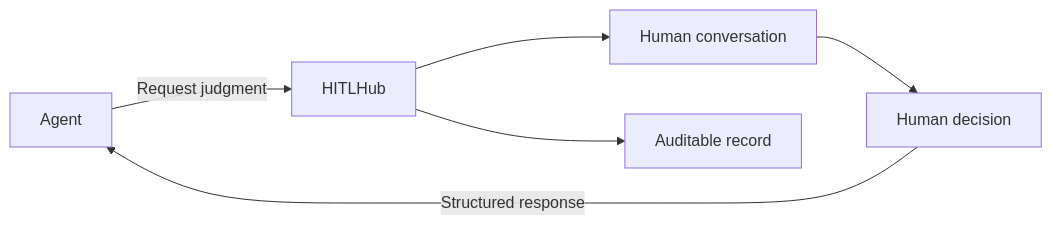
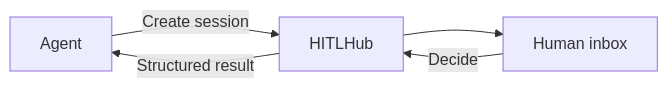
The diagram in profile/README.md (HITLHub/.github), drawn with Mermaid before and after one commit. The commit also changed other lines of this file, not shown here.

Commit message:
Define focused HITLHub v0.1 scope

````diff
--- a/profile/README.md
+++ b/profile/README.md
@@ -17,8 +13,7 @@
 ```mermaid
 flowchart LR
-    A["Agent"] -->|"Request judgment"| H["HITLHub"]
-    H --> C["Human conversation"]
-    C --> D["Human decision"]
-    D -->|"Structured response"| A
-    H --> R["Auditable record"]
+    A["Agent"] -->|"Create session"| H["HITLHub"]
+    H --> U["Human inbox"]
+    U -->|"Decide"| H
+    H -->|"Structured result"| A
 ```
````
